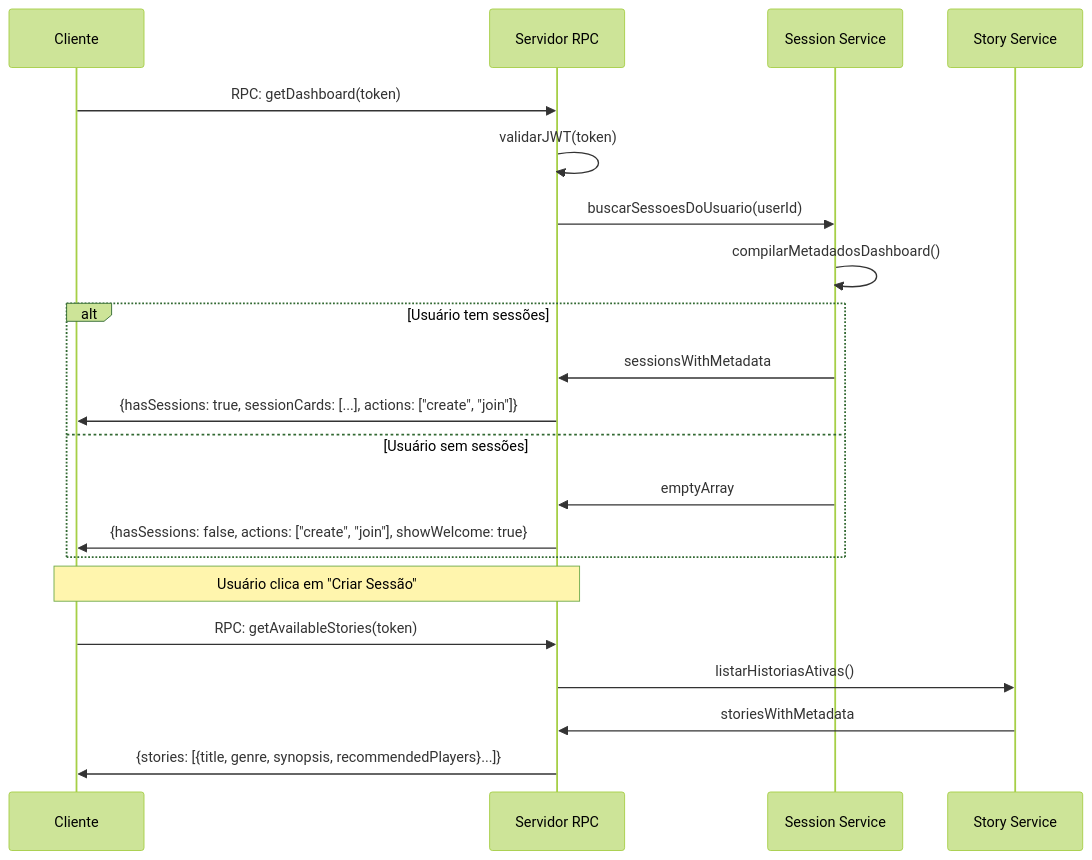
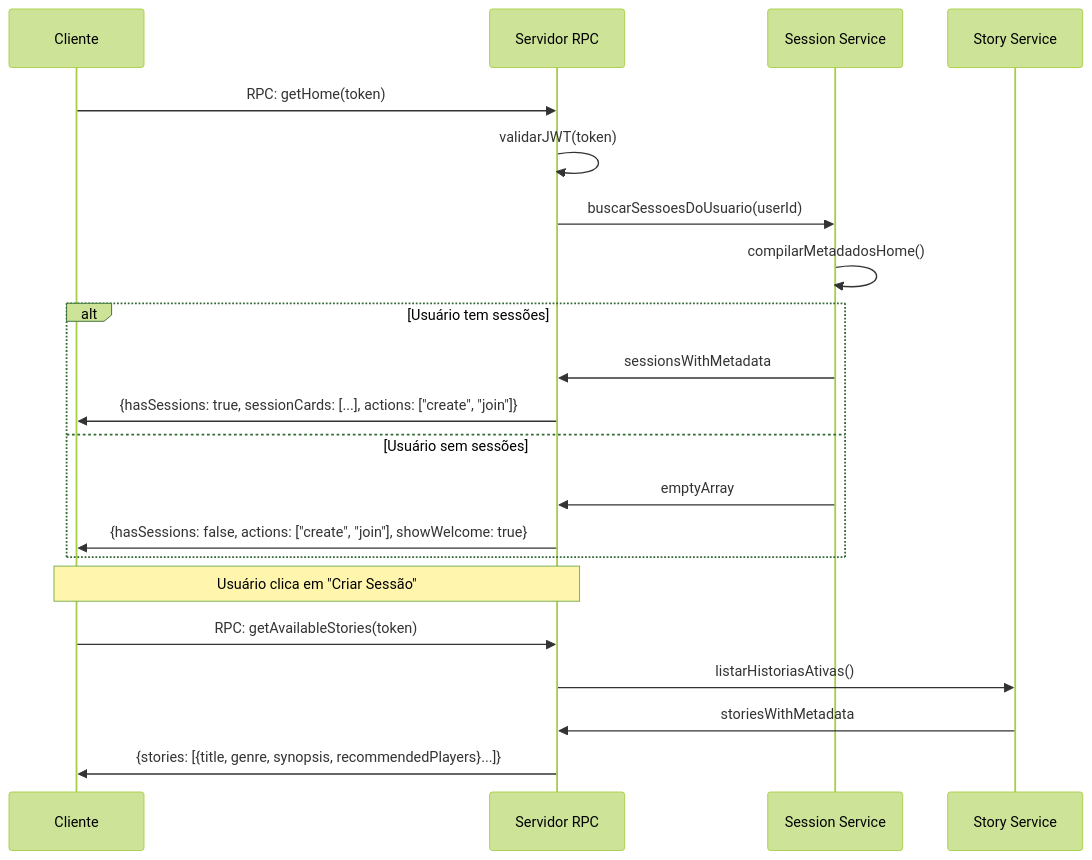
Before and after one commit to 16Jorgecamargo/RPC-Interactive-Stories-Game: the seventh of 22 diagrams in SRS/06-fluxos.md, drawn with Mermaid (forest theme). The commit also changed other lines of this file and 17 other files, not shown here.

````diff
--- a/SRS/06-fluxos.md
+++ b/SRS/06-fluxos.md
@@ -189,26 +189,26 @@
 ```mermaid
 sequenceDiagram
     participant C as Cliente
     participant S as Servidor RPC
     participant SS as Session Service
     participant StS as Story Service
 
-    C->>S: RPC: getDashboard(token)
+    C->>S: RPC: getHome(token)
     S->>S: validarJWT(token)
     S->>SS: buscarSessoesDoUsuario(userId)
-    SS->>SS: compilarMetadadosDashboard()
+    SS->>SS: compilarMetadadosHome()
 
     alt Usuário tem sessões
         SS->>S: sessionsWithMetadata
         S->>C: {hasSessions: true, sessionCards: [...], actions: ["create", "join"]}
     else Usuário sem sessões
         SS->>S: emptyArray
         S->>C: {hasSessions: false, actions: ["create", "join"], showWelcome: true}
     end
 
     Note over C,S: Usuário clica em "Criar Sessão"
     C->>S: RPC: getAvailableStories(token)
     S->>StS: listarHistoriasAtivas()
     StS->>S: storiesWithMetadata
     S->>C: {stories: [{title, genre, synopsis, recommendedPlayers}...]}
 ```
````
